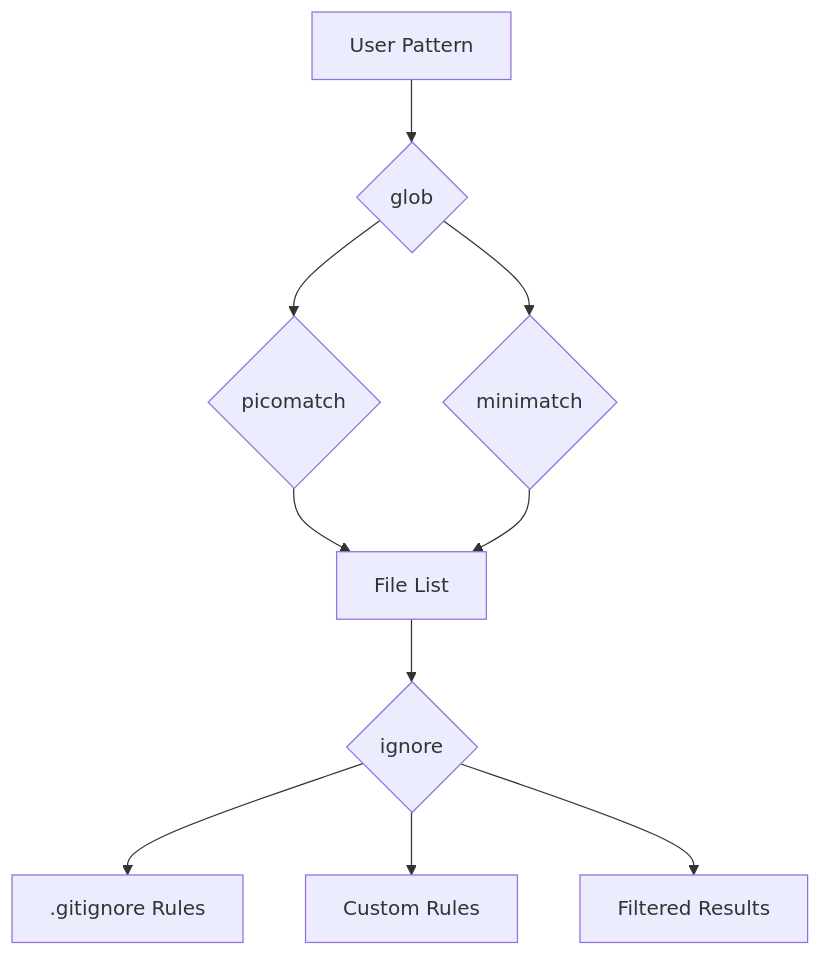
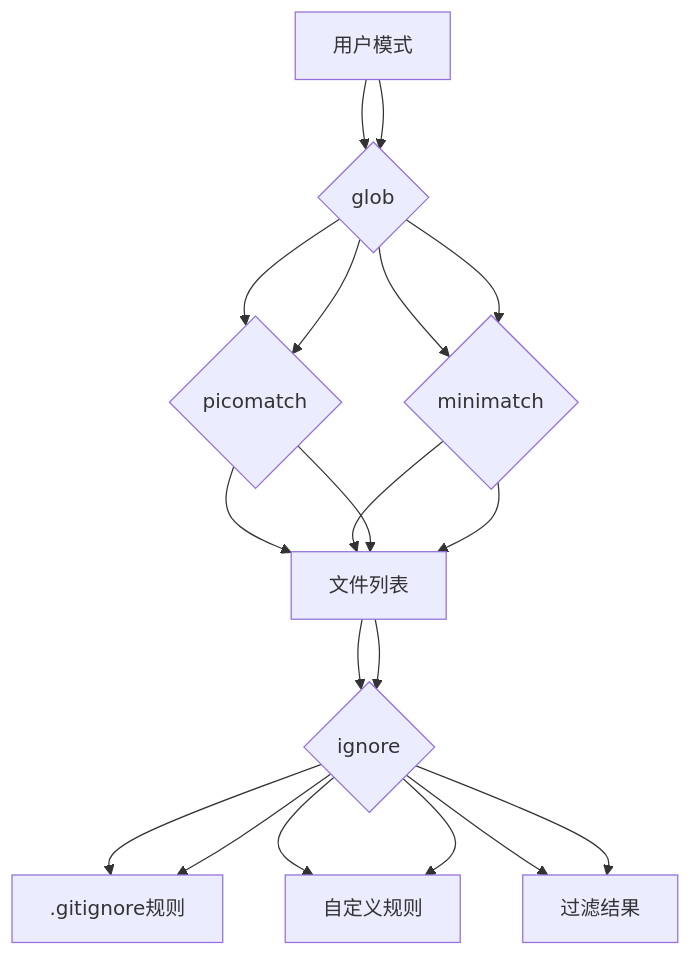
Before and after one commit to hanshuang-ai/BLOG: the second of 2 diagrams in source/_posts/claude-code基础架构.md, drawn with Mermaid. The commit also changed other lines of this file and 10 other files, not shown here.

````diff
--- a/source/_posts/claude-code基础架构.md
+++ b/source/_posts/claude-code基础架构.md
@@ -359,16 +493,29 @@
 ```mermaid
 graph TD
     UserPattern[User Pattern] --> GlobParser{glob}
     GlobParser --> Picomatch{picomatch}
     GlobParser --> Minimatch{minimatch}
 
     Picomatch --> FileList[File List]
     Minimatch --> FileList
 
     FileList --> IgnoreFilter{ignore}
     IgnoreFilter --> GitignoreRules[.gitignore Rules]
     IgnoreFilter --> CustomRules[Custom Rules]
 
     IgnoreFilter --> FinalList[Filtered Results]
 
+    UserPattern[用户模式] --> GlobParser{glob}
+    GlobParser --> Picomatch{picomatch}
+    GlobParser --> Minimatch{minimatch}
+
+    Picomatch --> FileList[文件列表]
+    Minimatch --> FileList
+
+    FileList --> IgnoreFilter{ignore}
+    IgnoreFilter --> GitignoreRules[.gitignore规则]
+    IgnoreFilter --> CustomRules[自定义规则]
+
+    IgnoreFilter --> FinalList[过滤结果]
+
 ```
````
